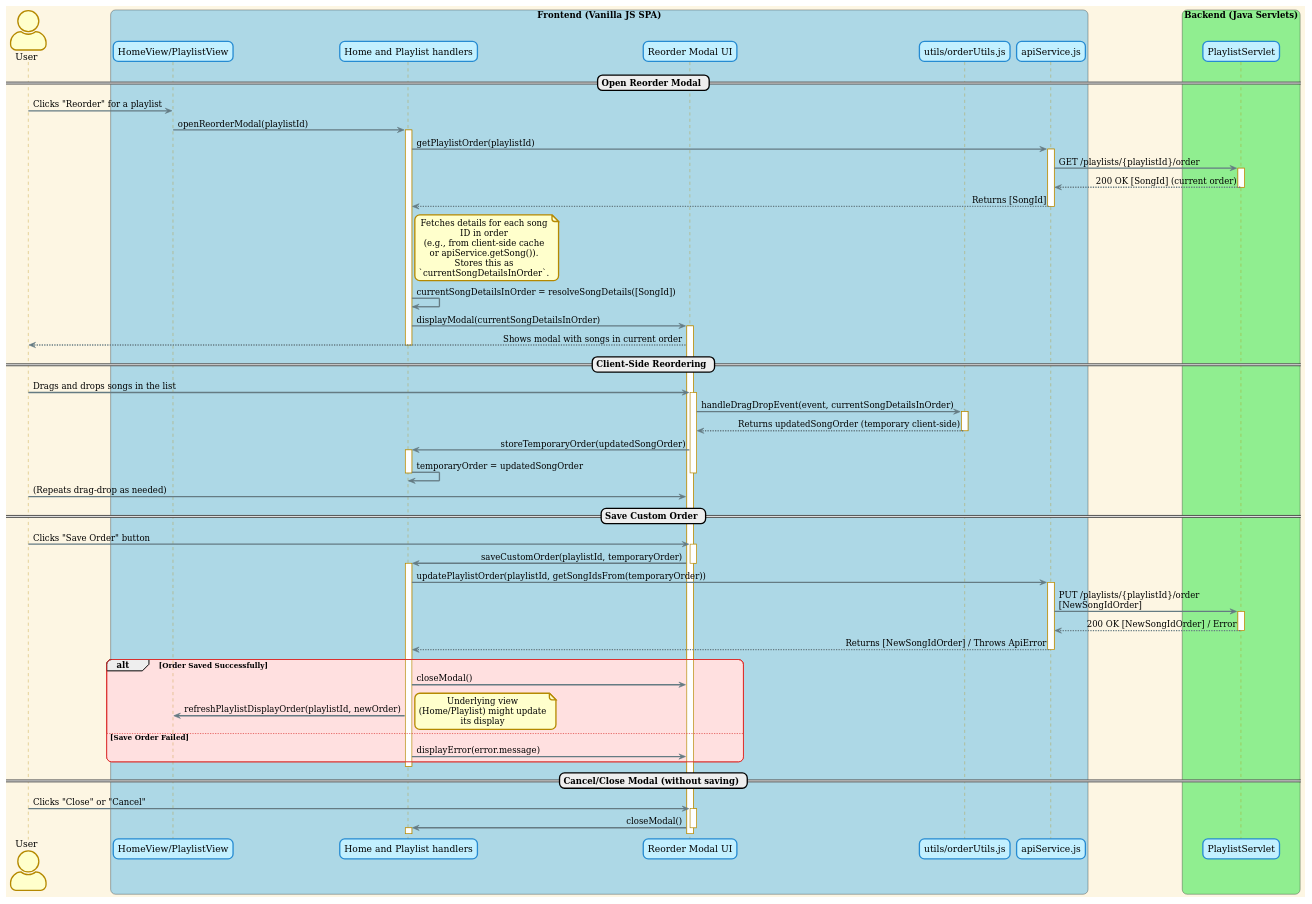
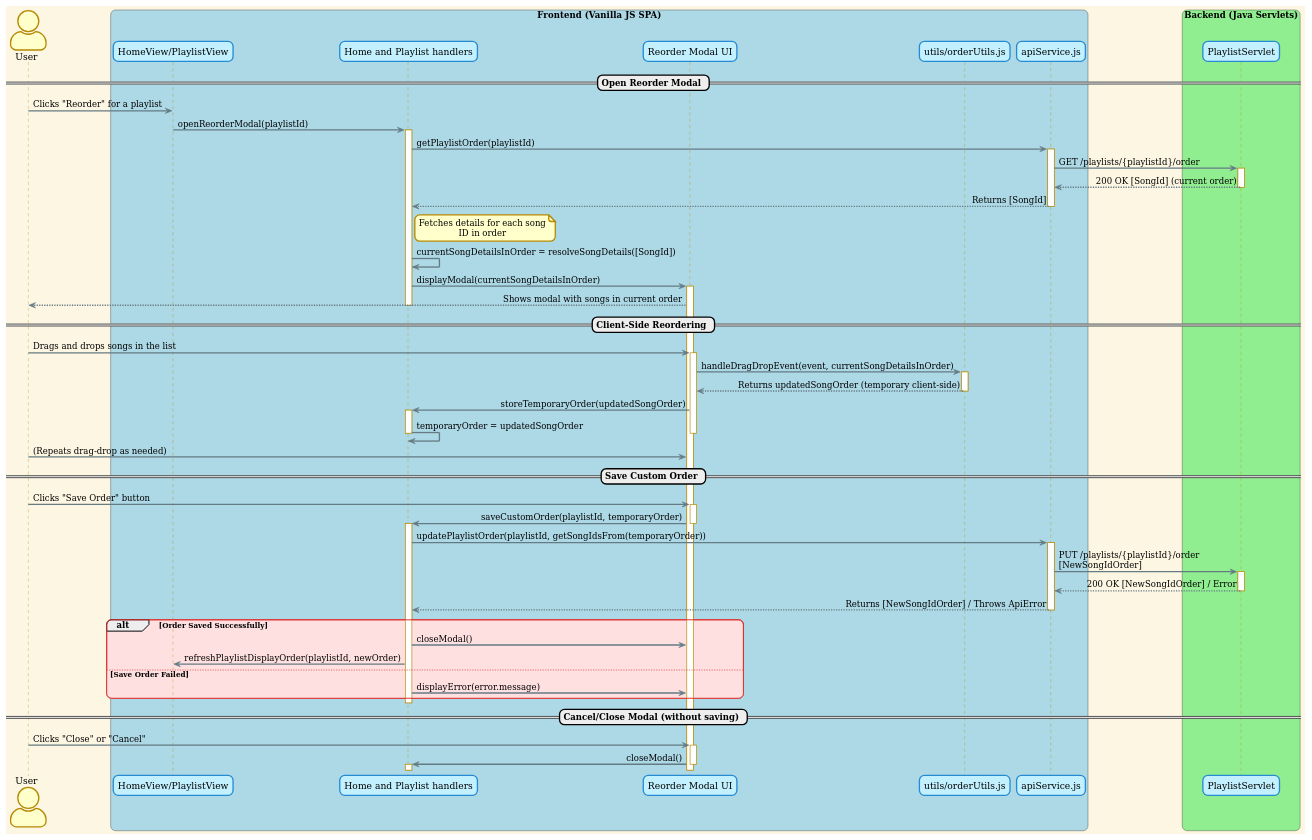
The diagram in design/asciidoc/puml/flows/reorder_modal_flow.puml (Janoww/TIW2015-spolify), drawn with PlantUML before and after one commit. The commit also changed 4 other files, not shown here.

Commit message:
docs: updated flows

```diff
--- a/design/asciidoc/puml/flows/reorder_modal_flow.puml
+++ b/design/asciidoc/puml/flows/reorder_modal_flow.puml
@@ -1,93 +1,90 @@
 @startuml
 !theme sunlust
 actor User
 
 box "Frontend (Vanilla JS SPA)" #LightBlue
   participant "HomeView/PlaylistView" as TriggerView
   participant "Home and Playlist handlers" as ResponsibleHandler
   participant "Reorder Modal UI" as ReorderModal
   participant "utils/orderUtils.js" as OrderUtils
   participant "apiService.js" as ApiService
 end box
 
 box "Backend (Java Servlets)" #LightGreen
   participant "PlaylistServlet" as PlaylistServlet
 end box
 
 == Open Reorder Modal ==
 User -> TriggerView : Clicks "Reorder" for a playlist
 TriggerView -> ResponsibleHandler : openReorderModal(playlistId)
 activate ResponsibleHandler
 
 ResponsibleHandler -> ApiService : getPlaylistOrder(playlistId)
 activate ApiService
 ApiService -> PlaylistServlet : GET /playlists/{playlistId}/order
 activate PlaylistServlet
 PlaylistServlet --> ApiService : 200 OK [SongId] (current order)
 deactivate PlaylistServlet
 ApiService --> ResponsibleHandler : Returns [SongId]
 deactivate ApiService
 
 note right ResponsibleHandler
   Fetches details for each song ID in order
-  (e.g., from client-side cache or apiService.getSong()).
-  Stores this as `currentSongDetailsInOrder`.
 end note
 ResponsibleHandler -> ResponsibleHandler : currentSongDetailsInOrder = resolveSongDetails([SongId])
 
 ResponsibleHandler -> ReorderModal : displayModal(currentSongDetailsInOrder)
 activate ReorderModal
 ReorderModal --> User : Shows modal with songs in current order
 deactivate ResponsibleHandler
 
 
 == Client-Side Reordering ==
 User -> ReorderModal : Drags and drops songs in the list
 activate ReorderModal
 ReorderModal -> OrderUtils : handleDragDropEvent(event, currentSongDetailsInOrder)
 activate OrderUtils
 OrderUtils --> ReorderModal : Returns updatedSongOrder (temporary client-side)
 deactivate OrderUtils
 ReorderModal -> ResponsibleHandler : storeTemporaryOrder(updatedSongOrder)
 activate ResponsibleHandler
 ResponsibleHandler -> ResponsibleHandler : temporaryOrder = updatedSongOrder
 deactivate ResponsibleHandler
 deactivate ReorderModal
 
 User -> ReorderModal : (Repeats drag-drop as needed)
 
 == Save Custom Order ==
 User -> ReorderModal : Clicks "Save Order" button
 activate ReorderModal
 ReorderModal -> ResponsibleHandler : saveCustomOrder(playlistId, temporaryOrder)
 deactivate ReorderModal
 activate ResponsibleHandler
 
 ResponsibleHandler -> ApiService : updatePlaylistOrder(playlistId, getSongIdsFrom(temporaryOrder))
 activate ApiService
 ApiService -> PlaylistServlet : PUT /playlists/{playlistId}/order\n[NewSongIdOrder]
 activate PlaylistServlet
 PlaylistServlet --> ApiService : 200 OK [NewSongIdOrder] / Error
 deactivate PlaylistServlet
 ApiService --> ResponsibleHandler : Returns [NewSongIdOrder] / Throws ApiError
 deactivate ApiService
 
 alt Order Saved Successfully
   ResponsibleHandler -> ReorderModal : closeModal()
   ResponsibleHandler -> TriggerView : refreshPlaylistDisplayOrder(playlistId, newOrder)
-  note right: Underlying view (Home/Playlist) might update its display
 else Save Order Failed
   ResponsibleHandler -> ReorderModal : displayError(error.message)
 end
 deactivate ResponsibleHandler
 
 
 == Cancel/Close Modal (without saving) ==
 User -> ReorderModal : Clicks "Close" or "Cancel"
 activate ReorderModal
 ReorderModal -> ResponsibleHandler : closeModal()
 deactivate ReorderModal
 activate ResponsibleHandler
 deactivate ResponsibleHandler
 
 @enduml
```
